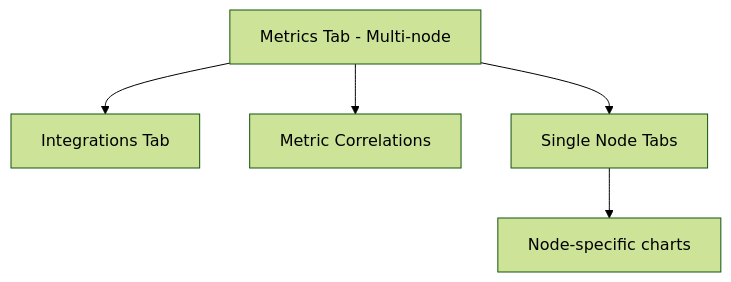
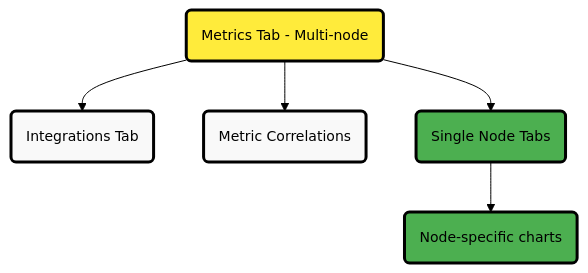
The diagram in docs/dashboards-and-charts/metrics-tab-and-single-node-tabs.md (netdata/netdata), drawn with Mermaid (forest theme) before and after one commit. The commit also changed other lines of this file and 21 other files, not shown here.

Commit message:
Fix Mermaid diagrams across multiple files

````diff
--- a/docs/dashboards-and-charts/metrics-tab-and-single-node-tabs.md
+++ b/docs/dashboards-and-charts/metrics-tab-and-single-node-tabs.md
@@ -22,8 +20,19 @@
 ```mermaid
-graph TD
-    A[Metrics Tab - Multi-node]
-    A --> B[Integrations Tab]
-    A --> C[Metric Correlations]
-    A --> D[Single Node Tabs]
-    D --> E[Node-specific charts]
+flowchart TD
+    A("Metrics Tab - Multi-node")
+    A --> B("Integrations Tab")
+    A --> C("Metric Correlations")
+    A --> D("Single Node Tabs")
+    D --> E("Node-specific charts")
+
+    %% Style definitions
+    classDef alert fill:#ffeb3b,stroke:#000000,stroke-width:3px,color:#000000,font-size:14px
+    classDef neutral fill:#f9f9f9,stroke:#000000,stroke-width:3px,color:#000000,font-size:14px
+    classDef complete fill:#4caf50,stroke:#000000,stroke-width:3px,color:#000000,font-size:14px
+    classDef database fill:#2196F3,stroke:#000000,stroke-width:3px,color:#000000,font-size:14px
+
+    %% Apply styles
+    class A alert
+    class B,C neutral
+    class D,E complete
 ```
````
